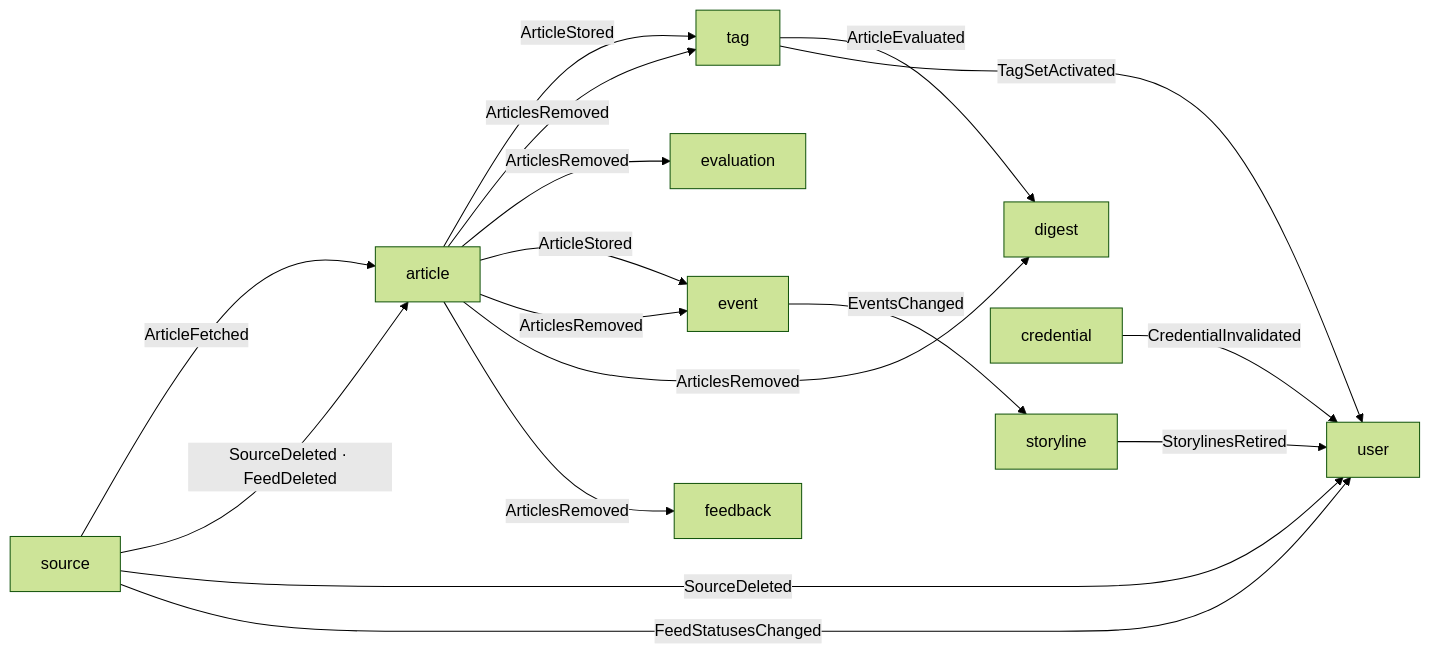
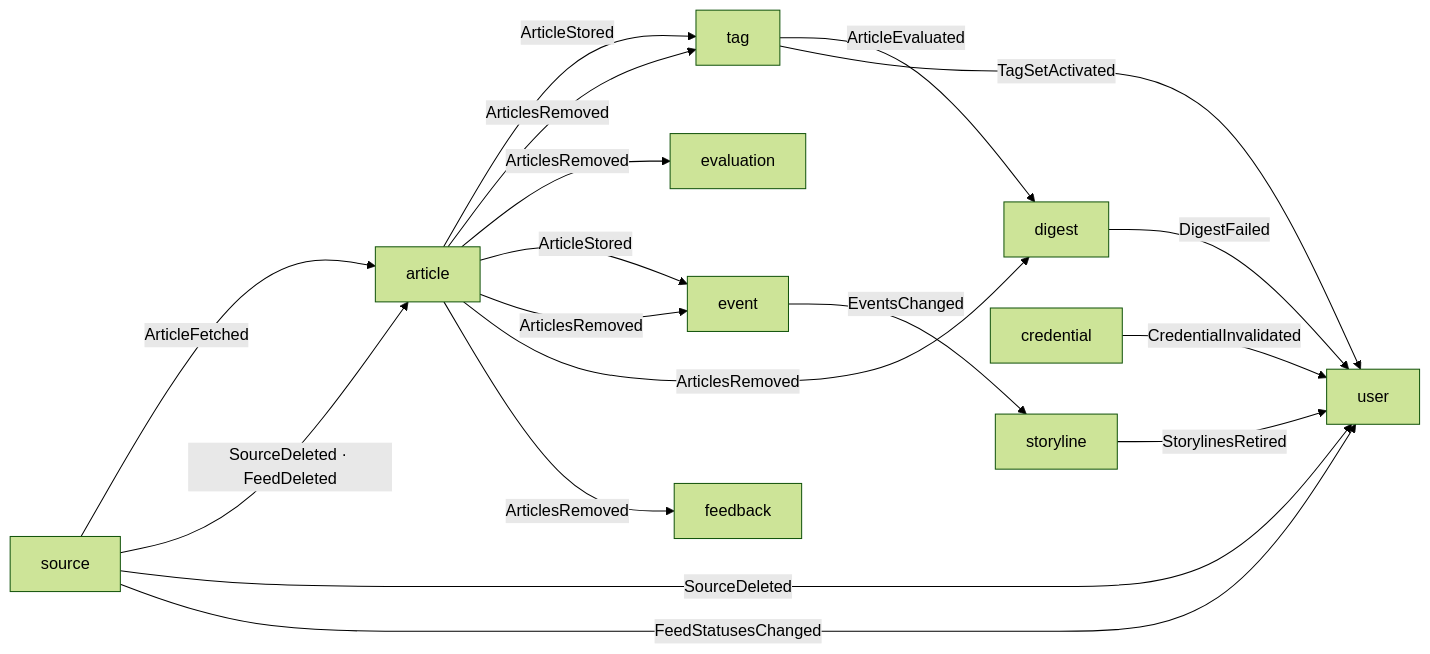
The second of 2 diagrams in docs/overview.md (Theia0382/yozm-news), drawn with Mermaid (forest theme) before and after one commit. The commit also changed other lines of this file and 16 other files, not shown here.

````diff
--- a/docs/overview.md
+++ b/docs/overview.md
@@ -138,19 +138,20 @@
 ```mermaid
 flowchart LR
     source -- ArticleFetched --> article
     source -- SourceDeleted · FeedDeleted --> article
     source -- SourceDeleted --> user
     source -- FeedStatusesChanged --> user
     article -- ArticleStored --> tag
     article -- ArticlesRemoved --> tag
     article -- ArticlesRemoved --> evaluation
     article -- ArticleStored --> event
     article -- ArticlesRemoved --> event
     article -- ArticlesRemoved --> digest
     article -- ArticlesRemoved --> feedback
     event -- EventsChanged --> storyline
     tag -- ArticleEvaluated --> digest
     tag -- TagSetActivated --> user
     storyline -- StorylinesRetired --> user
     credential -- CredentialInvalidated --> user
+    digest -- DigestFailed --> user
 ```
````
